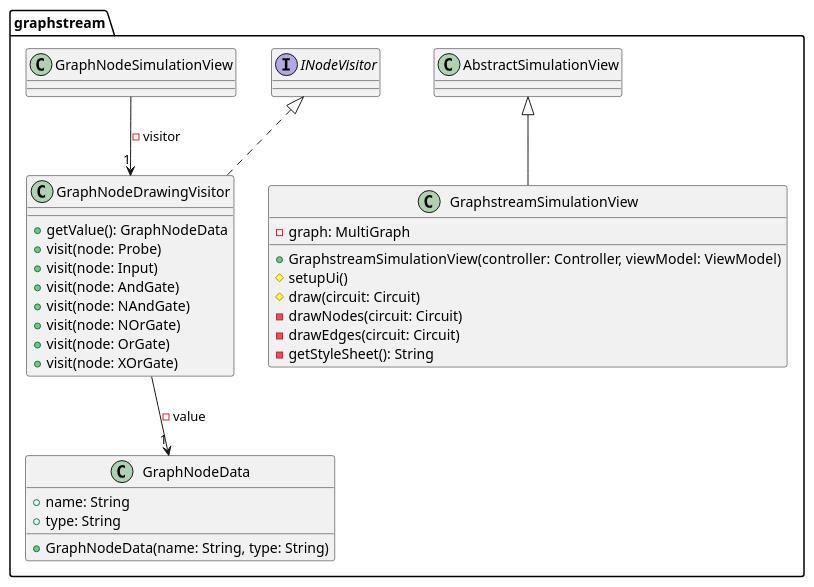
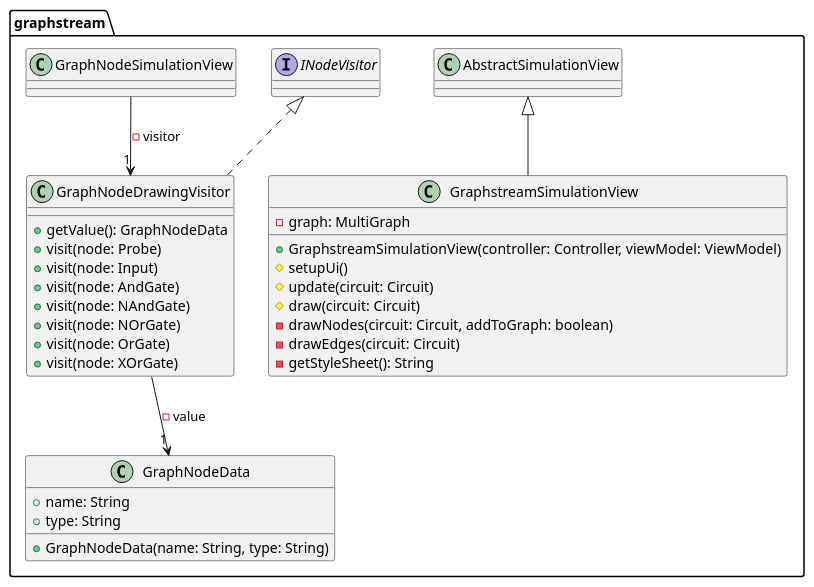
Before and after one commit to stevenliebregt/avans-dp1-sirkwie: the diagram in docs/diagrams/dkd-gui-view-graphstream.puml, drawn with PlantUML. The commit also changed 122 other files, not shown here.

```diff
--- a/docs/diagrams/dkd-gui-view-graphstream.puml
+++ b/docs/diagrams/dkd-gui-view-graphstream.puml
@@ -1,36 +1,37 @@
 @startuml
 
 package graphstream {
     class GraphNodeData {
         +name: String
         +type: String
 
         +GraphNodeData(name: String, type: String)
     }
 
     class GraphNodeDrawingVisitor implements INodeVisitor {
         +getValue(): GraphNodeData
         +visit(node: Probe)
         +visit(node: Input)
         +visit(node: AndGate)
         +visit(node: NAndGate)
         +visit(node: NOrGate)
         +visit(node: OrGate)
         +visit(node: XOrGate)
     }
     GraphNodeDrawingVisitor --> "1" GraphNodeData : -value
 
     class GraphstreamSimulationView extends AbstractSimulationView {
         -graph: MultiGraph
 
         +GraphstreamSimulationView(controller: Controller, viewModel: ViewModel)
         #setupUi()
+        #update(circuit: Circuit)
         #draw(circuit: Circuit)
-        -drawNodes(circuit: Circuit)
+        -drawNodes(circuit: Circuit, addToGraph: boolean)
         -drawEdges(circuit: Circuit)
         -getStyleSheet(): String
     }
     GraphNodeSimulationView --> "1" GraphNodeDrawingVisitor : -visitor
 }
 
 @enduml
```
